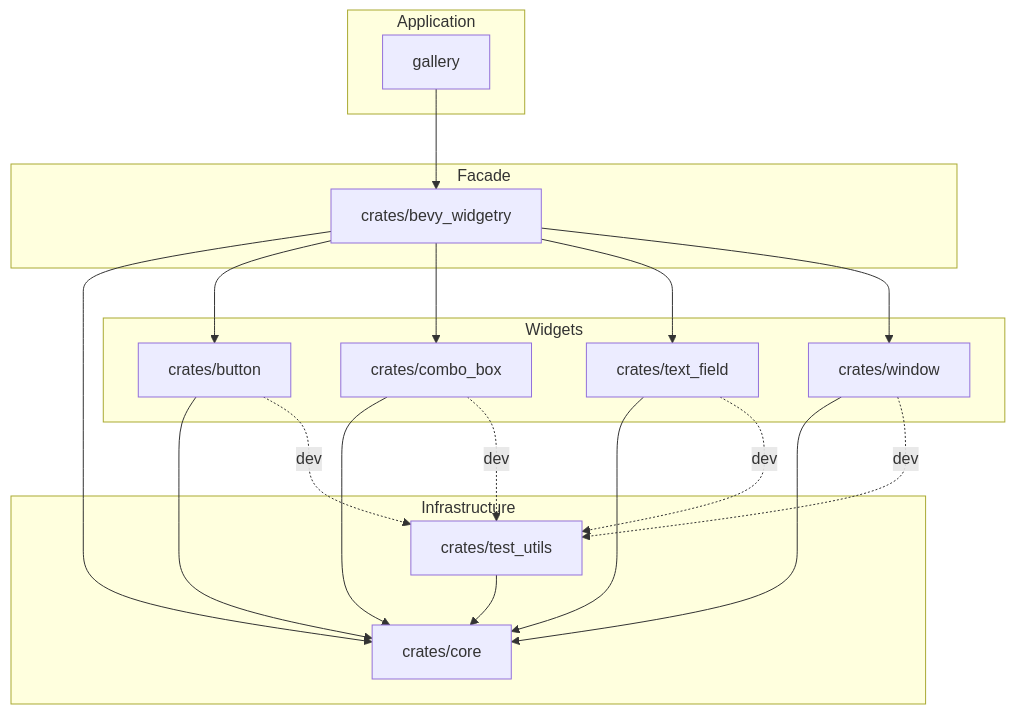
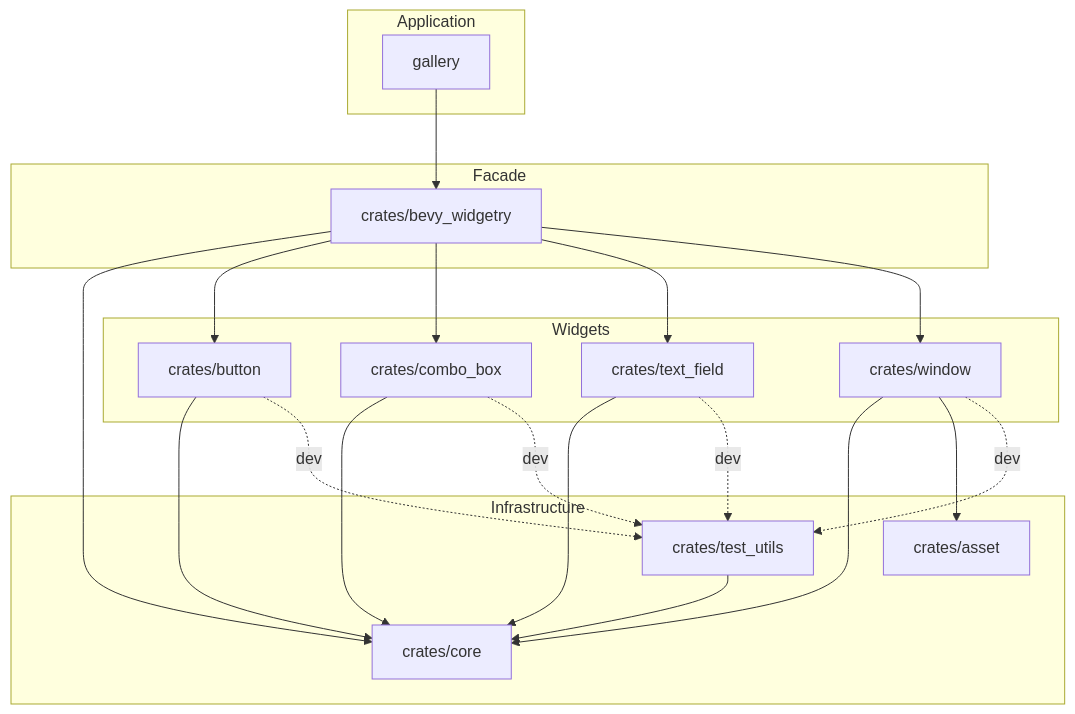
Before and after one commit to slc90/bevy_widgetry: the diagram in docs/architecture.md, drawn with Mermaid. The commit also changed other lines of this file and 21 other files, not shown here.

````diff
--- a/docs/architecture.md
+++ b/docs/architecture.md
@@ -73,42 +84,44 @@
 ```mermaid
 flowchart TD
     subgraph Application
         gallery["gallery"]
     end
 
     subgraph Facade
         widgetry["crates/bevy_widgetry"]
     end
 
     subgraph Widgets
         button["crates/button"]
         combo_box["crates/combo_box"]
         text_field["crates/text_field"]
         window["crates/window"]
     end
 
     subgraph Infrastructure
+        asset["crates/asset"]
         core["crates/core"]
         test_utils["crates/test_utils"]
     end
 
     gallery --> widgetry
 
     widgetry --> core
     widgetry --> button
     widgetry --> combo_box
     widgetry --> text_field
     widgetry --> window
 
     button --> core
     combo_box --> core
     text_field --> core
     window --> core
+    window --> asset
 
     test_utils --> core
 
     button -. dev .-> test_utils
     combo_box -. dev .-> test_utils
     text_field -. dev .-> test_utils
     window -. dev .-> test_utils
 ```
````
